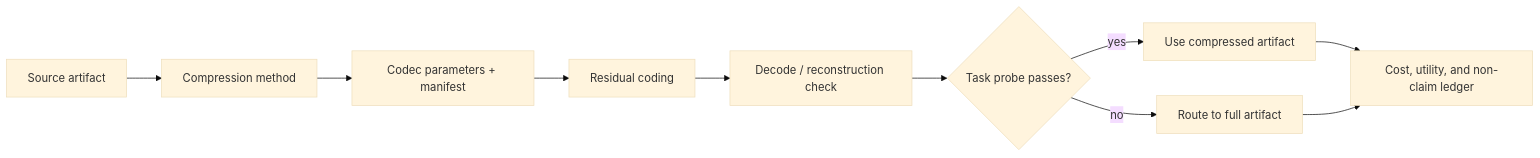
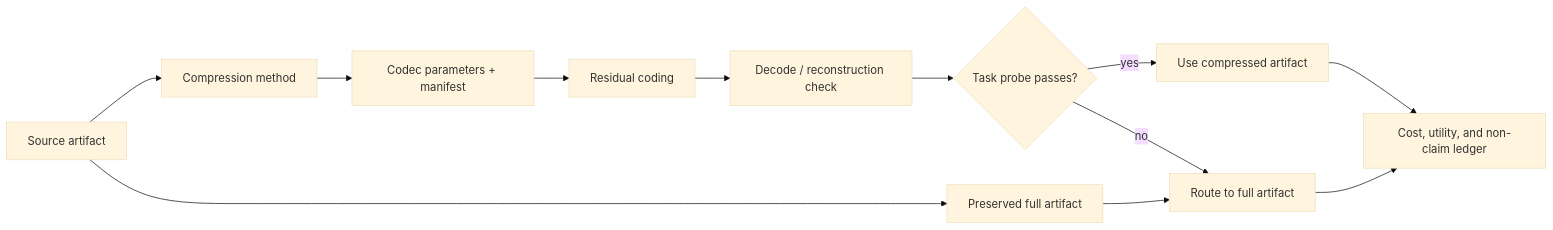
One commit to corbensorenson/asi-stack-book changed the diagram in chapters/rankfold-neuralfold-and-artifact-compression.qmd. Above: the diagram before and after it, drawn with Mermaid (base theme). The commit also changed other lines of this file and 3 other files, not shown here.

````diff
--- a/chapters/rankfold-neuralfold-and-artifact-compression.qmd
+++ b/chapters/rankfold-neuralfold-and-artifact-compression.qmd
@@ -80,12 +82,14 @@
 ```{mermaid}
 flowchart LR
-  A["Source artifact"] --> B["Compression method"]
+  A["Source artifact"] --> Z["Preserved full artifact"]
+  A --> B["Compression method"]
   B --> C["Codec parameters + manifest"]
   C --> D["Residual coding"]
   D --> E["Decode / reconstruction check"]
   E --> F{"Task probe passes?"}
   F -- "yes" --> G["Use compressed artifact"]
   F -- "no" --> H["Route to full artifact"]
+  Z --> H
   G --> I["Cost, utility, and non-claim ledger"]
   H --> I
 ```
````
